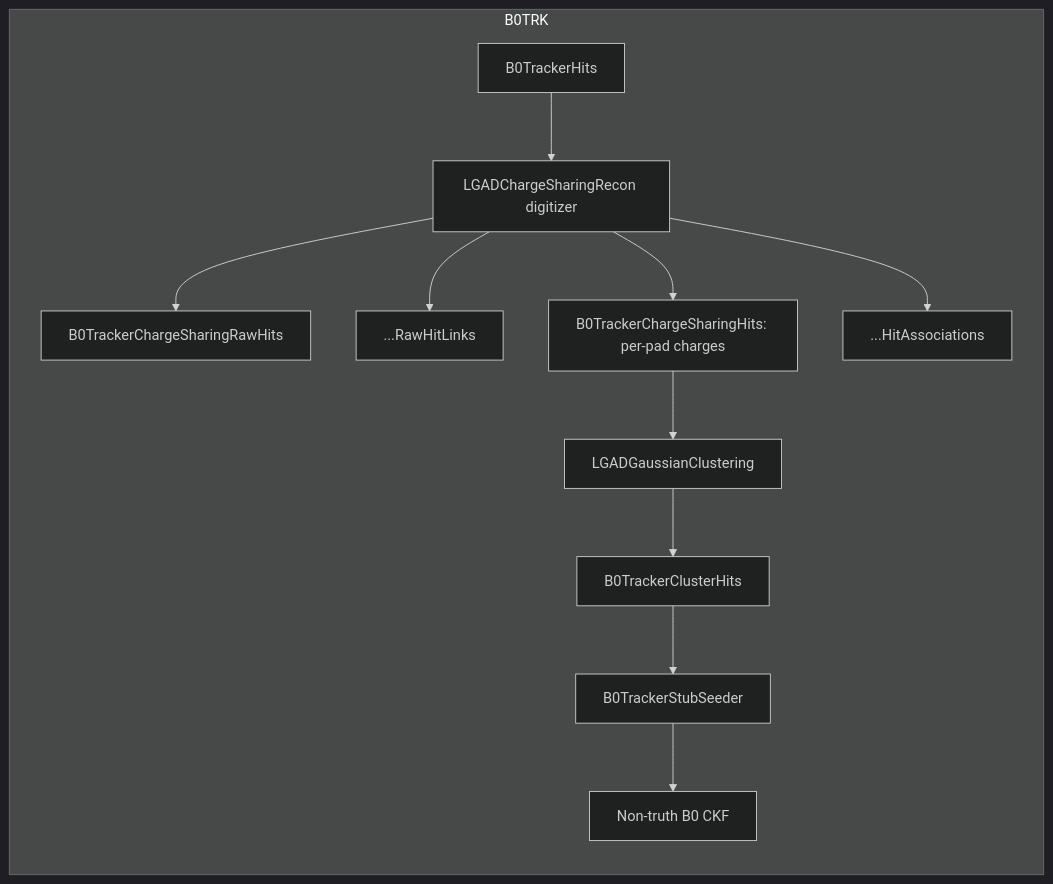
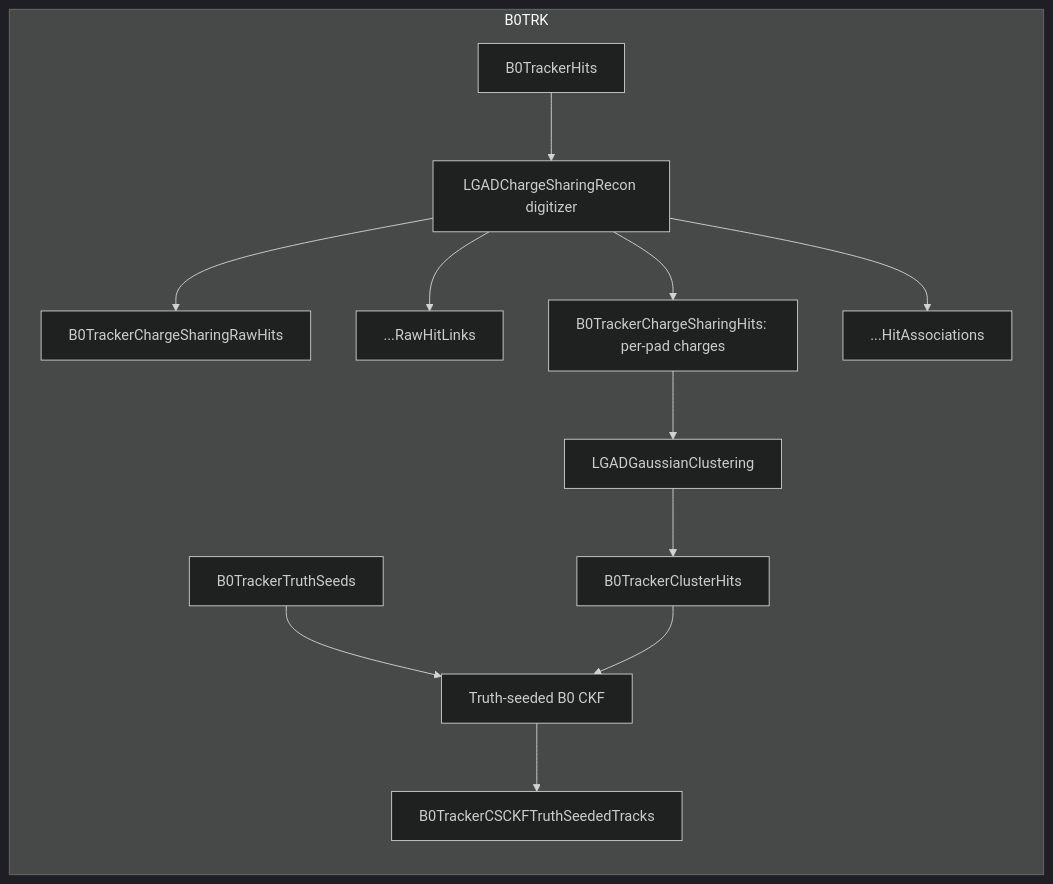
The diagram in README.md (tom-bleher/ChargeSharing), drawn with Mermaid (dark theme) before and after one commit. The commit also changed other lines of this file and 14 other files, not shown here.

````diff
--- a/README.md
+++ b/README.md
@@ -139,14 +123,15 @@
 ```mermaid
 flowchart LR
   subgraph B0TRK
     b0sim[B0TrackerHits] --> b0recon[LGADChargeSharingRecon digitizer]
     b0recon --> b0raw[B0TrackerChargeSharingRawHits]
     b0recon --> b0links[...RawHitLinks]
     b0recon --> b0hits[B0TrackerChargeSharingHits: per-pad charges]
     b0recon --> b0assoc[...HitAssociations]
     b0hits --> b0clus[LGADGaussianClustering]
     b0clus --> b0meas[B0TrackerClusterHits]
-    b0meas --> b0seed[B0TrackerStubSeeder]
-    b0seed --> b0ckf[Non-truth B0 CKF]
+    b0truth[B0TrackerTruthSeeds] --> b0ckf[Truth-seeded B0 CKF]
+    b0meas --> b0ckf
+    b0ckf --> b0tracks[B0TrackerCSCKFTruthSeededTracks]
   end
 ```
````
